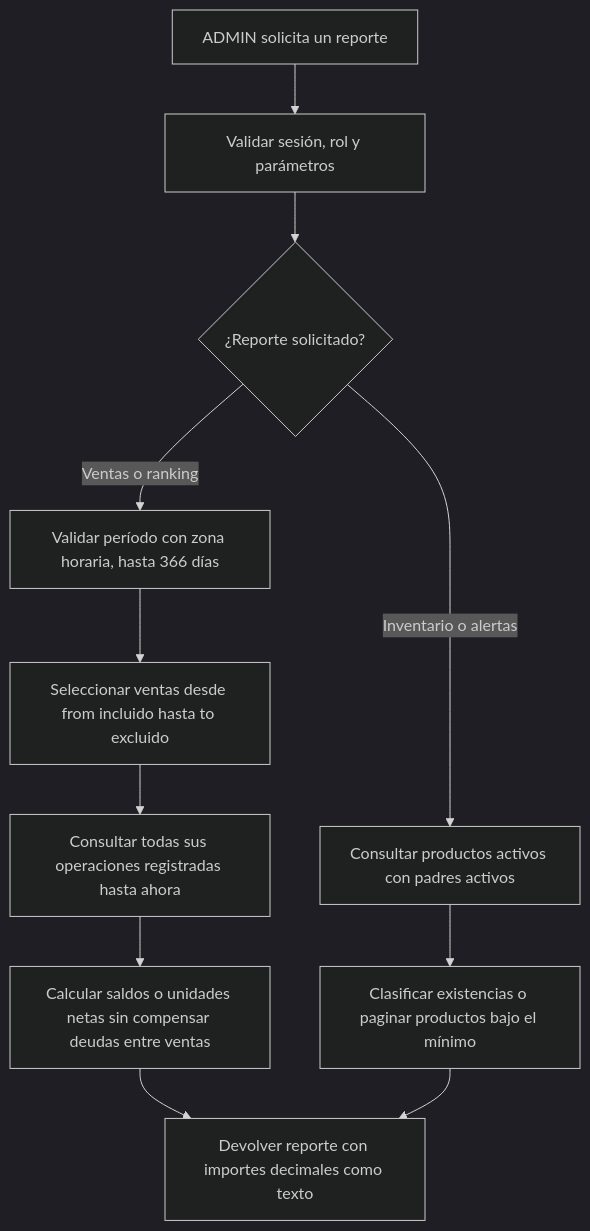
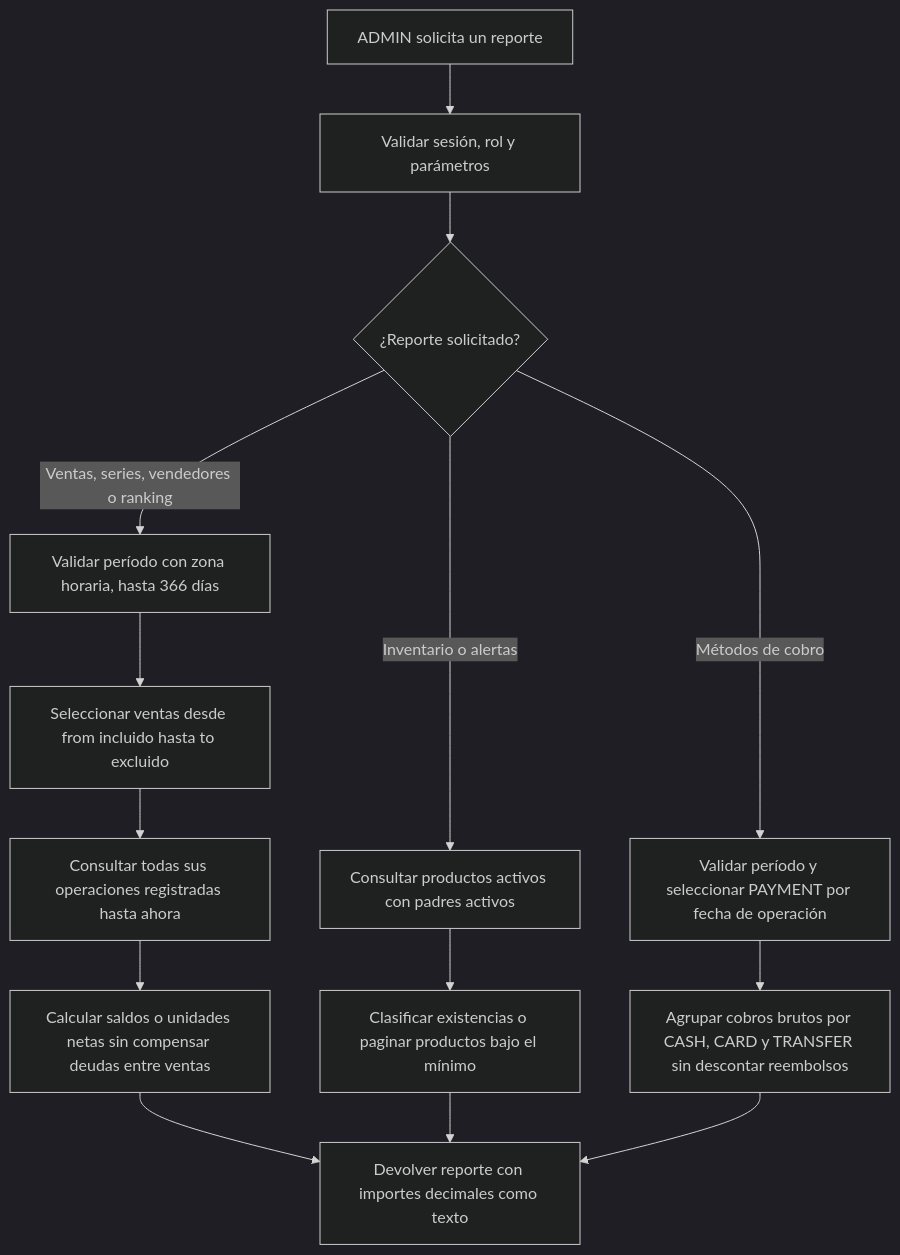
One commit to FloresAlvaro/template-NestJS-backend changed the seventh of 8 diagrams in docs/flowcharts.md. Above: the diagram before and after it, drawn with Mermaid (dark theme). The commit also changed other lines of this file and 12 other files, not shown here.

````diff
--- a/docs/flowcharts.md
+++ b/docs/flowcharts.md
@@ -186,13 +186,16 @@
 ```mermaid
 flowchart TD
     A[ADMIN solicita un reporte] --> B[Validar sesión, rol y parámetros]
     B --> C{¿Reporte solicitado?}
-    C -->|Ventas o ranking| D[Validar período con zona horaria, hasta 366 días]
+    C -->|Ventas, series, vendedores o ranking| D[Validar período con zona horaria, hasta 366 días]
     D --> E[Seleccionar ventas desde from incluido hasta to excluido]
     E --> F[Consultar todas sus operaciones registradas hasta ahora]
     F --> G[Calcular saldos o unidades netas sin compensar deudas entre ventas]
     C -->|Inventario o alertas| H[Consultar productos activos con padres activos]
     H --> I[Clasificar existencias o paginar productos bajo el mínimo]
     G --> J[Devolver reporte con importes decimales como texto]
     I --> J
+    C -->|Métodos de cobro| K[Validar período y seleccionar PAYMENT por fecha de operación]
+    K --> L[Agrupar cobros brutos por CASH, CARD y TRANSFER sin descontar reembolsos]
+    L --> J
 ```
````
